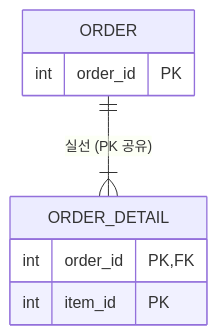
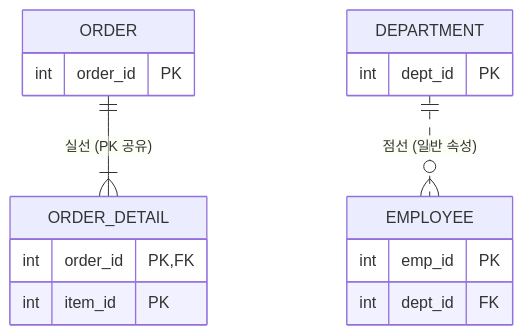
The fifth of 6 diagrams in 20_Wiki/21_Languages/SQL/SQL_ERD_Components.md (hgim96715-lgtm/gong_home), drawn with Mermaid before and after one commit. The commit also changed other lines of this file and 20 other files, not shown here.

````diff
--- a/20_Wiki/21_Languages/SQL/SQL_ERD_Components.md
+++ b/20_Wiki/21_Languages/SQL/SQL_ERD_Components.md
@@ -175,11 +161,10 @@
 ```mermaid
 erDiagram
-    ORDER {
-        int order_id PK
-    }
-    ORDER_DETAIL {
-        int order_id PK, FK
-        int item_id PK
-    }
+    ORDER { int order_id PK }
+    ORDER_DETAIL { int order_id PK,FK  int item_id PK }
     ORDER ||--|{ ORDER_DETAIL : "실선 (PK 공유)"
+
+    DEPARTMENT { int dept_id PK }
+    EMPLOYEE { int emp_id PK  int dept_id FK }
+    DEPARTMENT ||..o{ EMPLOYEE : "점선 (일반 속성)"
 ```
````
